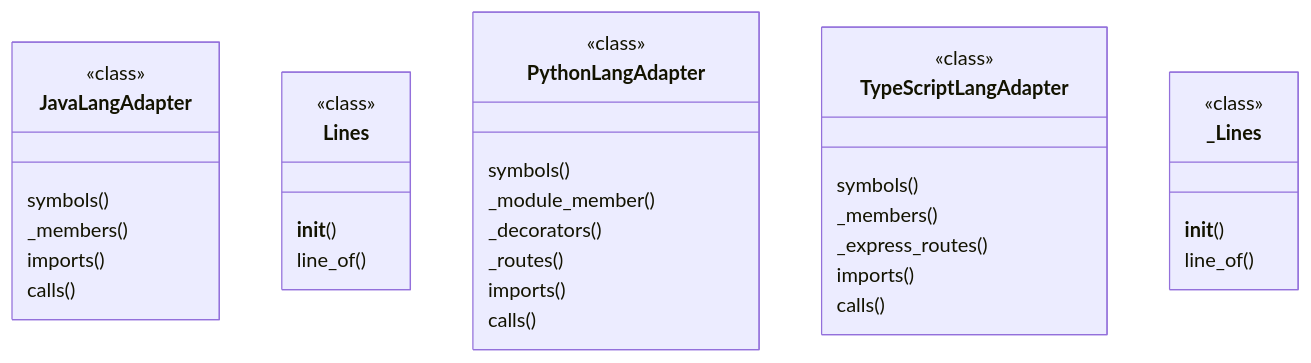
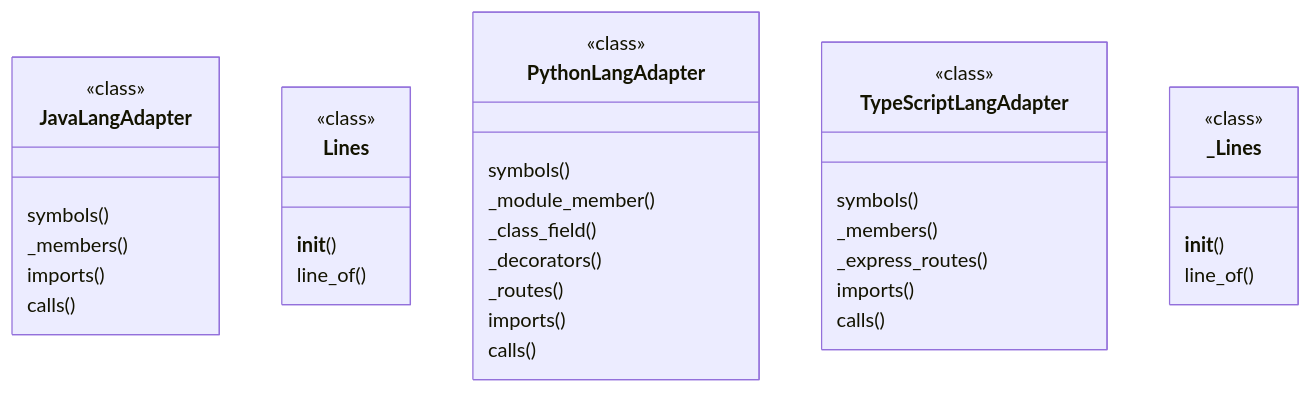
Before and after one commit to CharlyZeta/Docu: the second of 5 diagrams in docs/generated/l1-manual-tecnico.md, drawn with Mermaid. The commit also changed other lines of this file and 17 other files, not shown here.

First line of the commit message:
feat(modelo): diccionario de datos y ERD desde tipos declarados

````diff
--- a/docs/generated/l1-manual-tecnico.md
+++ b/docs/generated/l1-manual-tecnico.md
@@ -87,32 +87,33 @@
 ```mermaid
 classDiagram
     class JavaLangAdapter <<class>> {
         symbols()
         _members()
         imports()
         calls()
     }
     class Lines <<class>> {
         __init__()
         line_of()
     }
     class PythonLangAdapter <<class>> {
         symbols()
         _module_member()
+        _class_field()
         _decorators()
         _routes()
         imports()
         calls()
     }
     class TypeScriptLangAdapter <<class>> {
         symbols()
         _members()
         _express_routes()
         imports()
         calls()
     }
     class _Lines <<class>> {
         __init__()
         line_of()
     }
 ```
````
